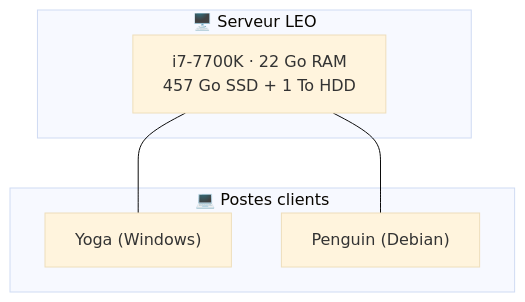
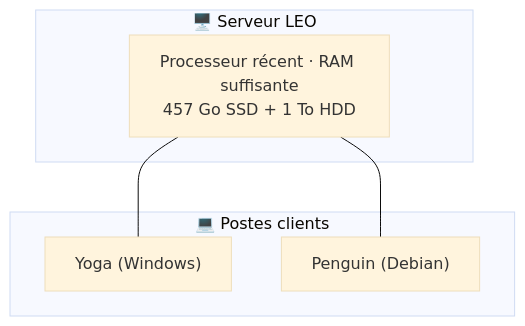
The diagram in docs/hermes/decouvrir/ch03-architecture-leo.md (christophedanhier-hash/hermes-wiki), drawn with Mermaid (base theme) before and after one commit. The commit also changed 8 other files, not shown here.

````diff
--- a/docs/hermes/decouvrir/ch03-architecture-leo.md
+++ b/docs/hermes/decouvrir/ch03-architecture-leo.md
@@ -48,12 +48,12 @@
 ```mermaid
 graph TB
     subgraph "🖥️ Serveur LEO"
-        HW["i7-7700K · 22 Go RAM<br/>457 Go SSD + 1 To HDD"]
+        HW["Processeur récent · RAM suffisante<br/>457 Go SSD + 1 To HDD"]
     end
     subgraph "💻 Postes clients"
         YOGA["Yoga (Windows)"]
         PENGUIN["Penguin (Debian)"]
     end
     HW --- YOGA
     HW --- PENGUIN
 ```
````
